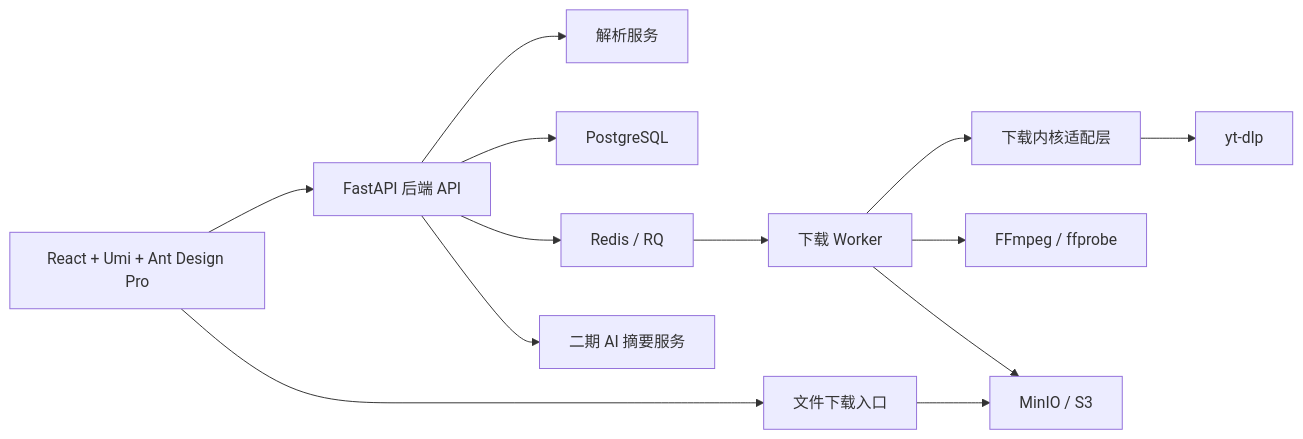
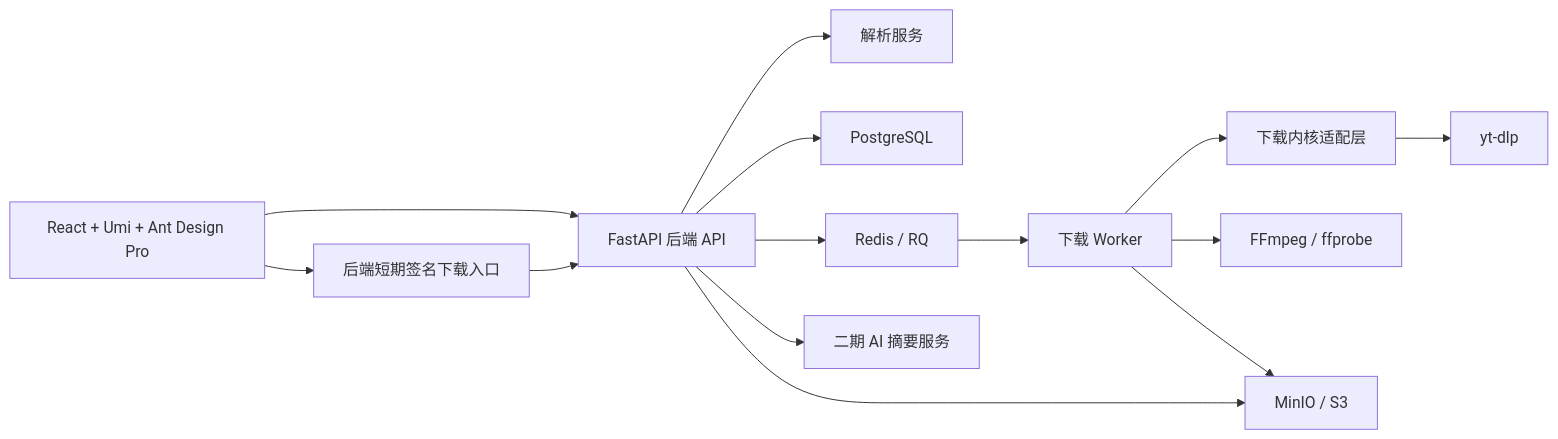
Before and after one commit to StephenQiu30/video-server: the diagram in docs/03-架构设计/01-总体架构方案.md, drawn with Mermaid. The commit also changed other lines of this file and 32 other files, not shown here.

````diff
--- a/docs/03-架构设计/01-总体架构方案.md
+++ b/docs/03-架构设计/01-总体架构方案.md
@@ -11,15 +11,16 @@
 ```mermaid
 flowchart LR
     FE["React + Umi + Ant Design Pro"] --> API["FastAPI 后端 API"]
     API --> Parser["解析服务"]
     API --> DB["PostgreSQL"]
     API --> Queue["Redis / RQ"]
     Queue --> Worker["下载 Worker"]
     Worker --> Core["下载内核适配层"]
     Core --> Engine["yt-dlp"]
     Worker --> FFmpeg["FFmpeg / ffprobe"]
     Worker --> Storage["MinIO / S3"]
     API --> AI["二期 AI 摘要服务"]
-    FE --> Download["文件下载入口"]
-    Download --> Storage
+    FE --> Download["后端短期签名下载入口"]
+    Download --> API
+    API --> Storage
 ```
````
